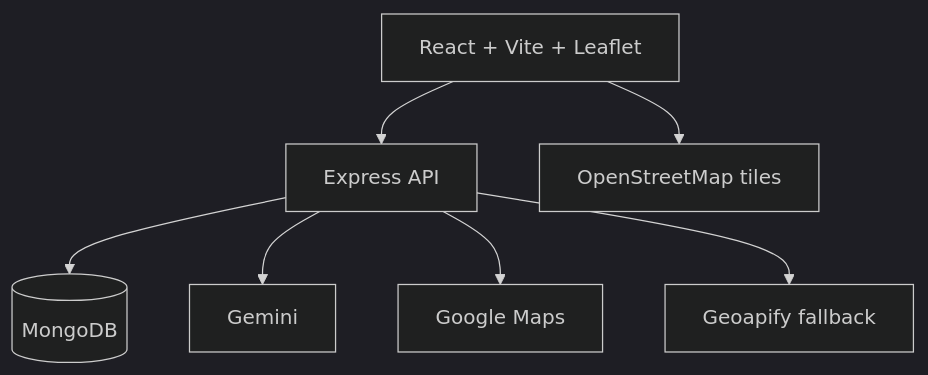
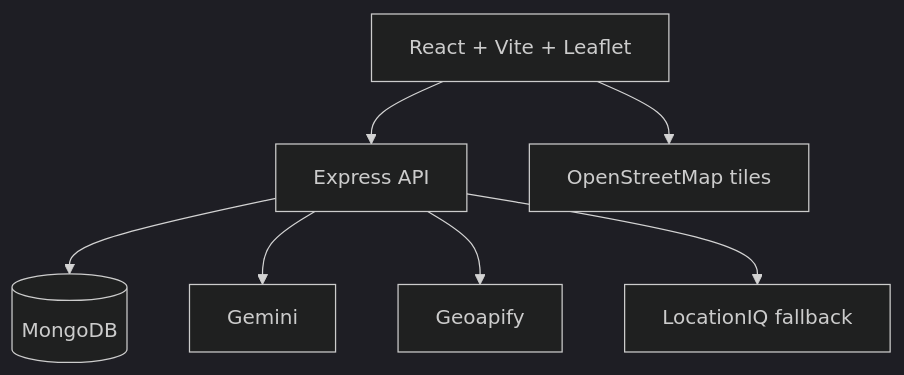
Before and after one commit to poorjoke2201/AI-Travel-Manager-Web: the diagram in docs/architecture.md, drawn with Mermaid (dark theme). The commit also changed other lines of this file and 104 other files, not shown here.

````diff
--- a/docs/architecture.md
+++ b/docs/architecture.md
@@ -3,9 +3,9 @@
 ```mermaid
 flowchart TD
   Browser[React + Vite + Leaflet] --> API[Express API]
   API --> Mongo[(MongoDB)]
   API --> Gemini[Gemini]
-  API --> Maps[Google Maps]
-  API --> Geoapify[Geoapify fallback]
+  API --> Geoapify[Geoapify]
+  API --> LocationIQ[LocationIQ fallback]
   Browser --> OSM[OpenStreetMap tiles]
 ```
````
